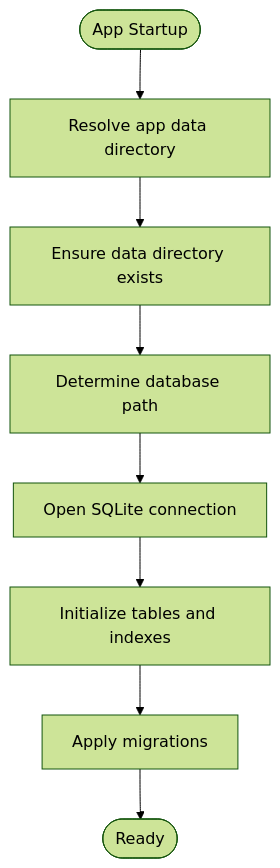
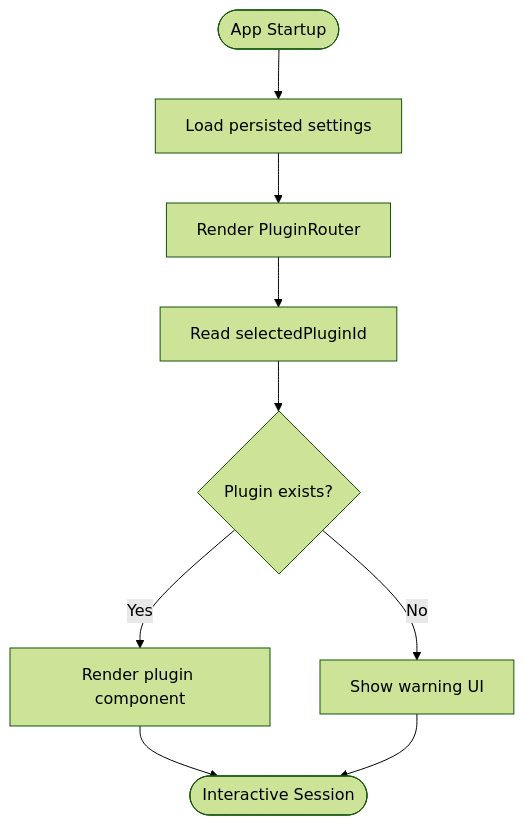
The sixth of 8 diagrams in .qoder/repowiki/en/content/Architecture Overview/Architecture Overview.md (DumKing/DevNexus), drawn with Mermaid (forest theme) before and after one commit. The commit also changed other lines of this file and 96 other files, not shown here.

````diff
--- a/.qoder/repowiki/en/content/Architecture Overview/Architecture Overview.md
+++ b/.qoder/repowiki/en/content/Architecture Overview/Architecture Overview.md
@@ -251,10 +255,11 @@
 ```mermaid
 flowchart TD
-Start(["App Startup"]) --> Resolve["Resolve app data directory"]
-Resolve --> Ensure["Ensure data directory exists"]
-Ensure --> DBPath["Determine database path"]
-DBPath --> Open["Open SQLite connection"]
-Open --> InitSchema["Initialize tables and indexes"]
-InitSchema --> Migrate["Apply migrations"]
-Migrate --> Done(["Ready"])
+Start(["App Startup"]) --> LoadSettings["Load persisted settings"]
+LoadSettings --> RenderRouter["Render PluginRouter"]
+RenderRouter --> ReadSelected["Read selectedPluginId"]
+ReadSelected --> HasPlugin{"Plugin exists?"}
+HasPlugin --> |Yes| RenderPlugin["Render plugin component"]
+HasPlugin --> |No| ShowWarning["Show warning UI"]
+RenderPlugin --> End(["Interactive Session"])
+ShowWarning --> End
 ```
````
